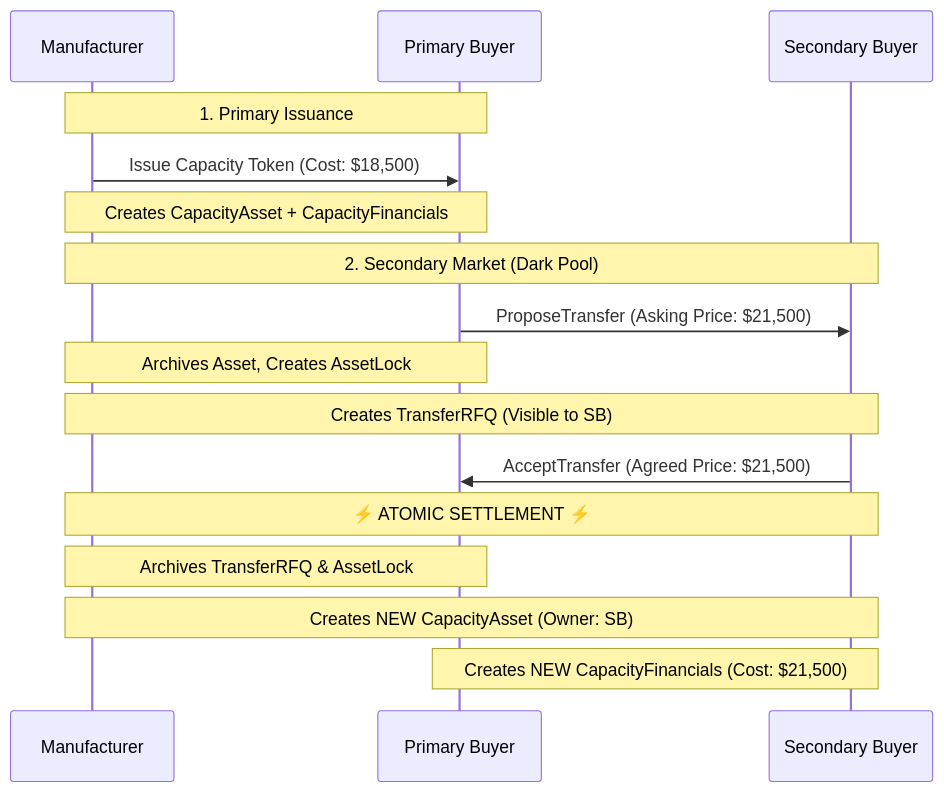
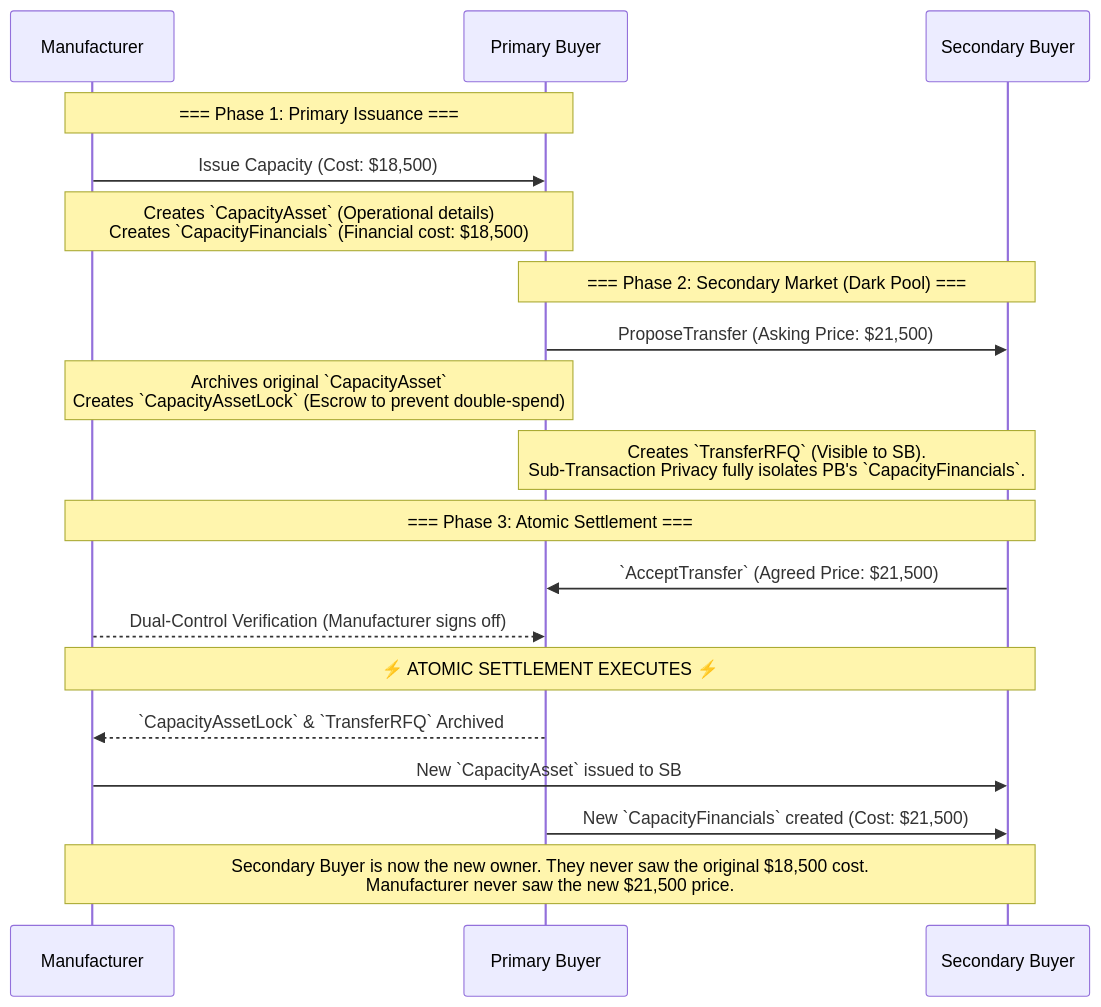
Before and after one commit to Pianochicken/synCCap: the second of 2 diagrams in README.md, drawn with Mermaid. The commit also changed other lines of this file and 32 other files, not shown here.

````diff
--- a/README.md
+++ b/README.md
@@ -67,21 +67,24 @@
 ```mermaid
 sequenceDiagram
     participant M as Manufacturer
     participant PB as Primary Buyer
     participant SB as Secondary Buyer
     
-    Note over M, PB: 1. Primary Issuance
-    M->>PB: Issue Capacity Token (Cost: $18,500)
-    Note over M, PB: Creates CapacityAsset + CapacityFinancials
+    Note over M, PB: === Phase 1: Primary Issuance ===
+    M->>PB: Issue Capacity (Cost: $18,500)
+    Note over M, PB: Creates `CapacityAsset` (Operational details)<br/>Creates `CapacityFinancials` (Financial cost: $18,500)
     
-    Note over M, SB: 2. Secondary Market (Dark Pool)
+    Note over PB, SB: === Phase 2: Secondary Market (Dark Pool) ===
     PB->>SB: ProposeTransfer (Asking Price: $21,500)
-    Note over M, PB: Archives Asset, Creates AssetLock
-    Note over M, SB: Creates TransferRFQ (Visible to SB)
+    Note over M, PB: Archives original `CapacityAsset`<br/>Creates `CapacityAssetLock` (Escrow to prevent double-spend)
+    Note over PB, SB: Creates `TransferRFQ` (Visible to SB).<br/>Sub-Transaction Privacy fully isolates PB's `CapacityFinancials`.
     
-    SB->>PB: AcceptTransfer (Agreed Price: $21,500)
-    Note over M, SB: ⚡ ATOMIC SETTLEMENT ⚡
-    Note over M, PB: Archives TransferRFQ & AssetLock
-    Note over M, SB: Creates NEW CapacityAsset (Owner: SB)
-    Note over PB, SB: Creates NEW CapacityFinancials (Cost: $21,500)
+    Note over M, SB: === Phase 3: Atomic Settlement ===
+    SB->>PB: `AcceptTransfer` (Agreed Price: $21,500)
+    M-->>PB: Dual-Control Verification (Manufacturer signs off)
+    Note over M, SB: ⚡ ATOMIC SETTLEMENT EXECUTES ⚡
+    PB-->>M: `CapacityAssetLock` & `TransferRFQ` Archived
+    M->>SB: New `CapacityAsset` issued to SB
+    PB->>SB: New `CapacityFinancials` created (Cost: $21,500)
+    Note over M, SB: Secondary Buyer is now the new owner. They never saw the original $18,500 cost.<br/>Manufacturer never saw the new $21,500 price.
 ```
````
